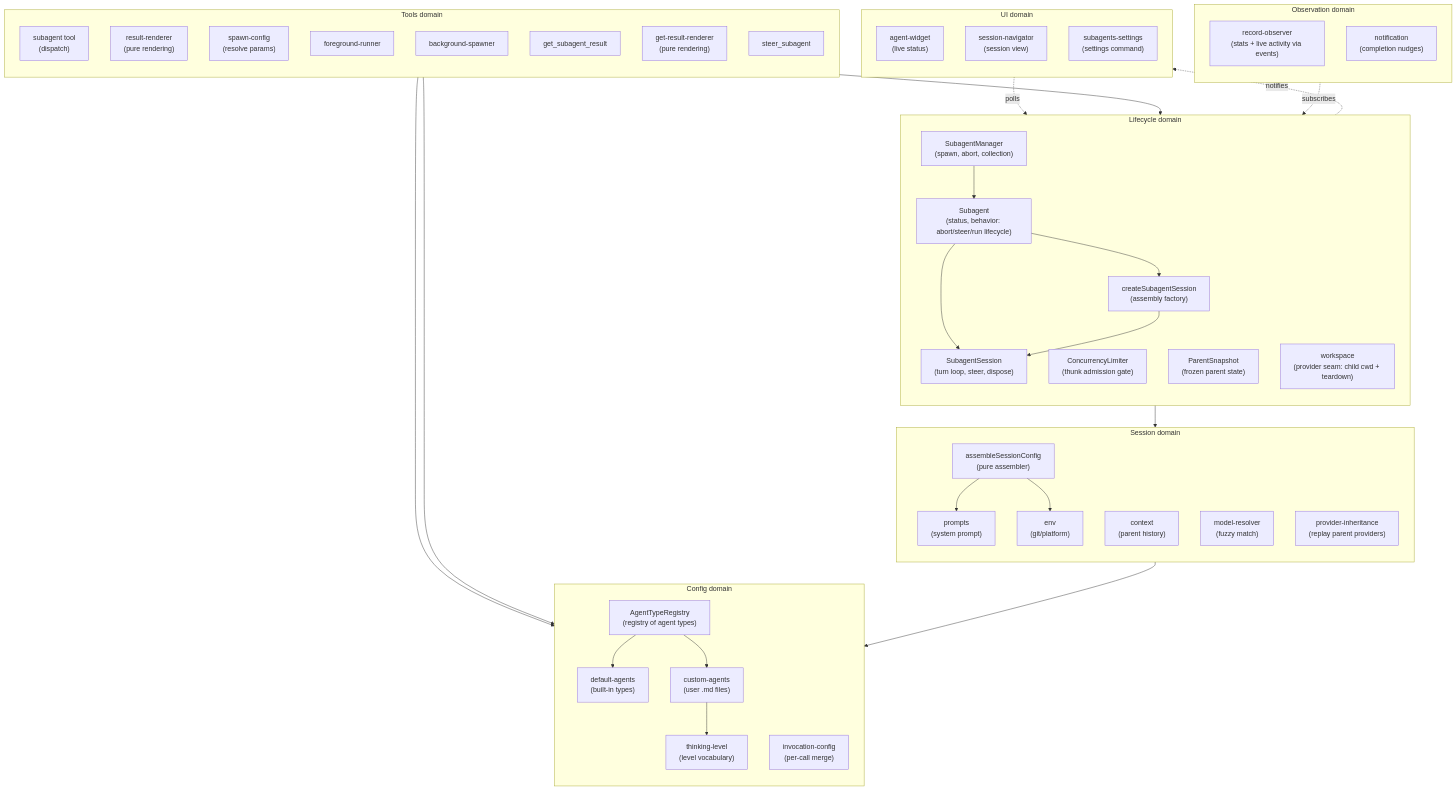
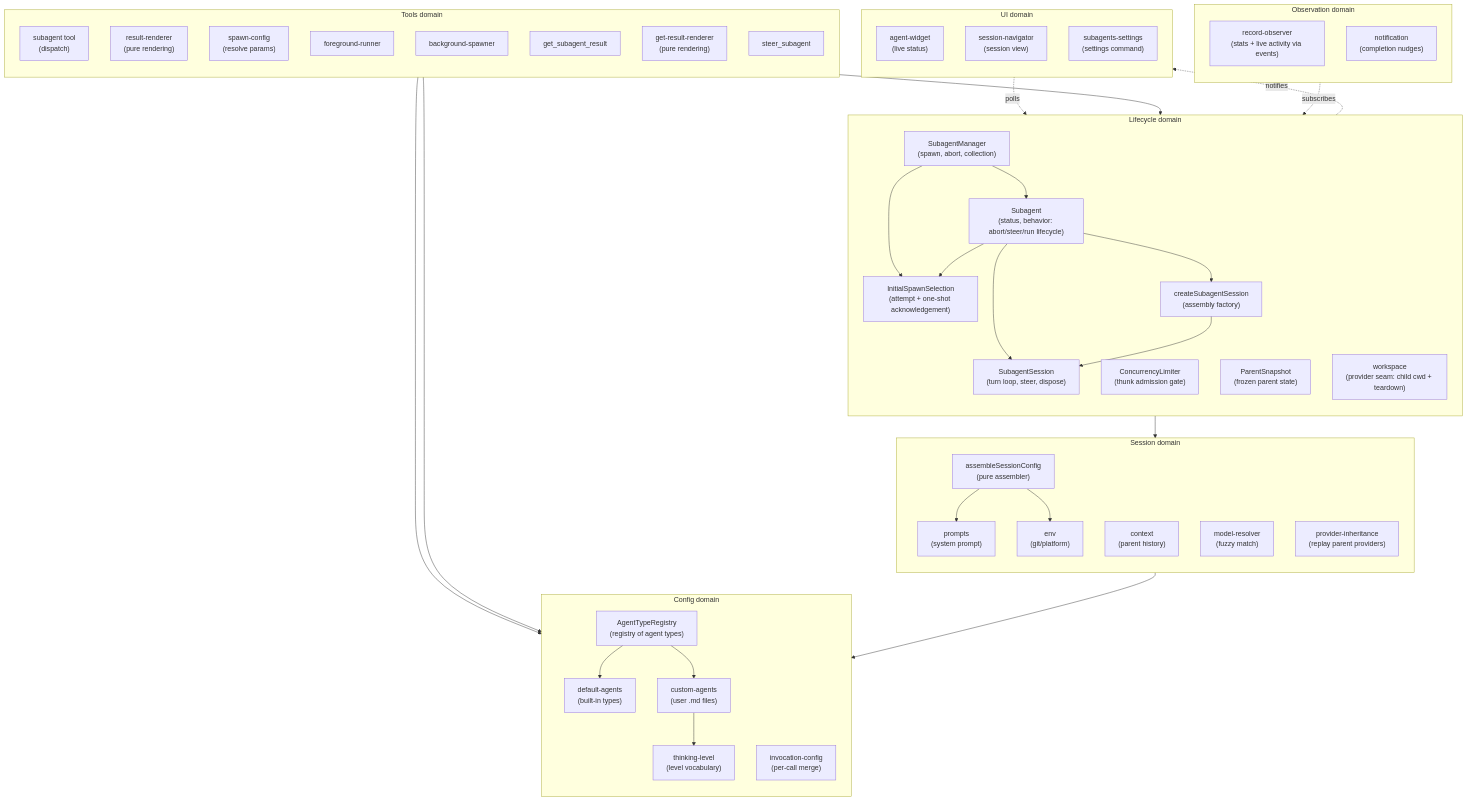
One commit to Jopqior/gotgenes-pi-packages changed the first of 6 diagrams in packages/pi-subagents/docs/architecture/architecture.md. Above: the diagram before and after it, drawn with Mermaid. The commit also changed other lines of this file and 18 other files, not shown here.

````diff
--- a/packages/pi-subagents/docs/architecture/architecture.md
+++ b/packages/pi-subagents/docs/architecture/architecture.md
@@ -67,71 +67,73 @@
 ```mermaid
 flowchart TB
     subgraph config["Config domain"]
         direction TB
         AgentTypeRegistry["AgentTypeRegistry<br/>(registry of agent types)"]
         DefaultAgents["default-agents<br/>(built-in types)"]
         CustomAgents["custom-agents<br/>(user .md files)"]
         InvocationConfig["invocation-config<br/>(per-call merge)"]
         ThinkingLevelModule["thinking-level<br/>(level vocabulary)"]
     end
 
     subgraph session["Session domain"]
         direction TB
         SessionConfig["assembleSessionConfig<br/>(pure assembler)"]
         Prompts["prompts<br/>(system prompt)"]
         Context["context<br/>(parent history)"]
         Env["env<br/>(git/platform)"]
         ModelResolver["model-resolver<br/>(fuzzy match)"]
         ProviderInheritance["provider-inheritance<br/>(replay parent providers)"]
     end
 
     subgraph lifecycle["Lifecycle domain"]
         direction TB
         SubagentManager["SubagentManager<br/>(spawn, abort, collection)"]
         ConcurrencyLimiter["ConcurrencyLimiter<br/>(thunk admission gate)"]
         CreateSubagentSession["createSubagentSession<br/>(assembly factory)"]
         SubagentSession["SubagentSession<br/>(turn loop, steer, dispose)"]
         Subagent["Subagent<br/>(status, behavior: abort/steer/run lifecycle)"]
+        InitialSelection["InitialSpawnSelection<br/>(attempt + one-shot acknowledgement)"]
         ParentSnapshot["ParentSnapshot<br/>(frozen parent state)"]
         Workspace["workspace<br/>(provider seam: child cwd + teardown)"]
     end
 
     subgraph observation["Observation domain"]
         direction TB
         RecordObserver["record-observer<br/>(stats + live activity via events)"]
         Notification["notification<br/>(completion nudges)"]
     end
 
     subgraph tools["Tools domain"]
         direction TB
         AgentTool["subagent tool<br/>(dispatch)"]
         ResultRenderer["result-renderer<br/>(pure rendering)"]
         SpawnConfig["spawn-config<br/>(resolve params)"]
         FgRunner["foreground-runner"]
         BgSpawner["background-spawner"]
         GetResult["get_subagent_result"]
         GetResultRenderer["get-result-renderer<br/>(pure rendering)"]
         Steer["steer_subagent"]
     end
 
     subgraph ui["UI domain"]
         direction TB
         Widget["agent-widget<br/>(live status)"]
         Sessions["session-navigator<br/>(session view)"]
         Settings["subagents-settings<br/>(settings command)"]
     end
 
     AgentTool --> SubagentManager
     SubagentManager --> Subagent
-    Subagent --> CreateSubagentSession & SubagentSession
+    SubagentManager --> InitialSelection
+    Subagent --> InitialSelection & CreateSubagentSession & SubagentSession
     CreateSubagentSession --> SubagentSession
     CreateSubagentSession --> SessionConfig
     SessionConfig --> AgentTypeRegistry
     SessionConfig --> Prompts & Env
     AgentTypeRegistry --> DefaultAgents & CustomAgents
     SpawnConfig --> InvocationConfig & ThinkingLevelModule
     CustomAgents --> ThinkingLevelModule
     RecordObserver -.->|subscribes| SubagentSession
     Widget -.->|polls| SubagentManager
     SubagentManager -.->|notifies| Widget
 ```
````
